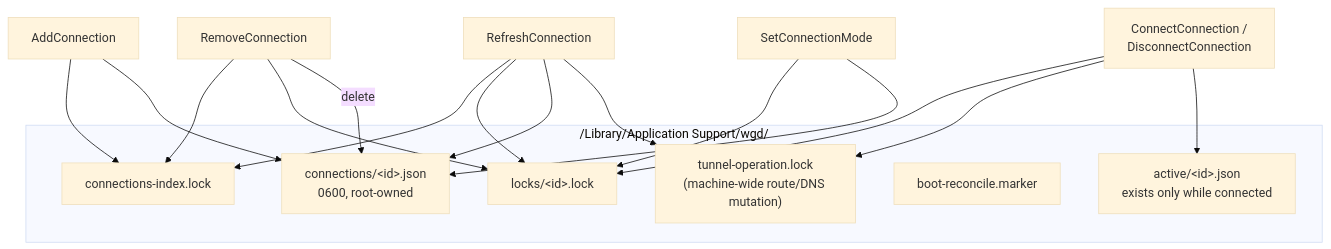
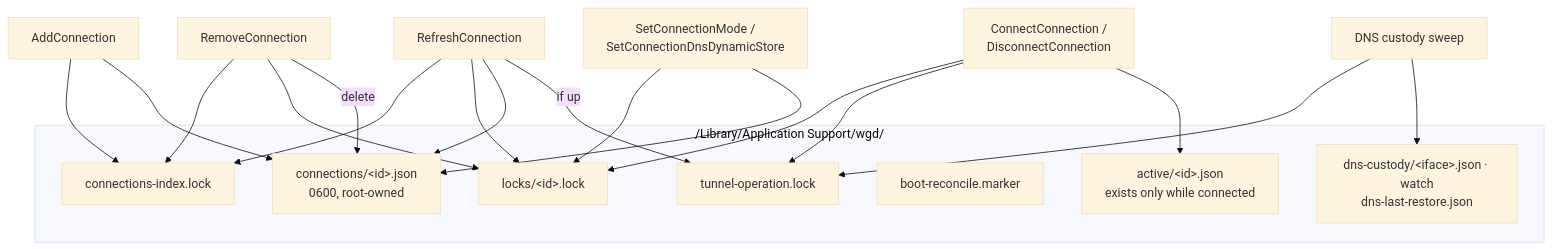
One commit to pansen/macos-wireguard-daemon changed the fifth of 11 diagrams in doc/architecture.md. Above: the diagram before and after it, drawn with Mermaid (base theme). The commit also changed other lines of this file and 4 other files, not shown here.

````diff
--- a/doc/architecture.md
+++ b/doc/architecture.md
@@ -263,26 +218,29 @@
 ```mermaid
 flowchart TB
     subgraph store["/Library/Application Support/wgd/"]
         IDX["connections-index.lock"]
         CONND["connections/&lt;id&gt;.json<br/>0600, root-owned"]
         ACTD["active/&lt;id&gt;.json<br/>exists only while connected"]
         LOCKD["locks/&lt;id&gt;.lock"]
         MARK["boot-reconcile.marker"]
-        NETLK["tunnel-operation.lock<br/>(machine-wide route/DNS mutation)"]
+        NETLK["tunnel-operation.lock"]
+        CUST["dns-custody/&lt;iface&gt;.json · watch<br/>dns-last-restore.json"]
     end
 
     ADD["AddConnection"] --> IDX
     ADD --> CONND
     REFRESH["RefreshConnection"] --> IDX
     REFRESH --> LOCKD
     REFRESH --> CONND
-    REFRESH --> NETLK
+    REFRESH -->|"if up"| NETLK
     REMOVE["RemoveConnection"] --> IDX
     REMOVE --> LOCKD
     REMOVE -->|"delete"| CONND
-    MODE["SetConnectionMode"] --> LOCKD
+    MODE["SetConnectionMode /<br/>SetConnectionDnsDynamicStore"] --> LOCKD
     MODE --> CONND
     CONNECT["ConnectConnection /<br/>DisconnectConnection"] --> LOCKD
     CONNECT --> NETLK
     CONNECT --> ACTD
+    SWEEP["DNS custody sweep"] --> NETLK
+    SWEEP --> CUST
 ```
````
